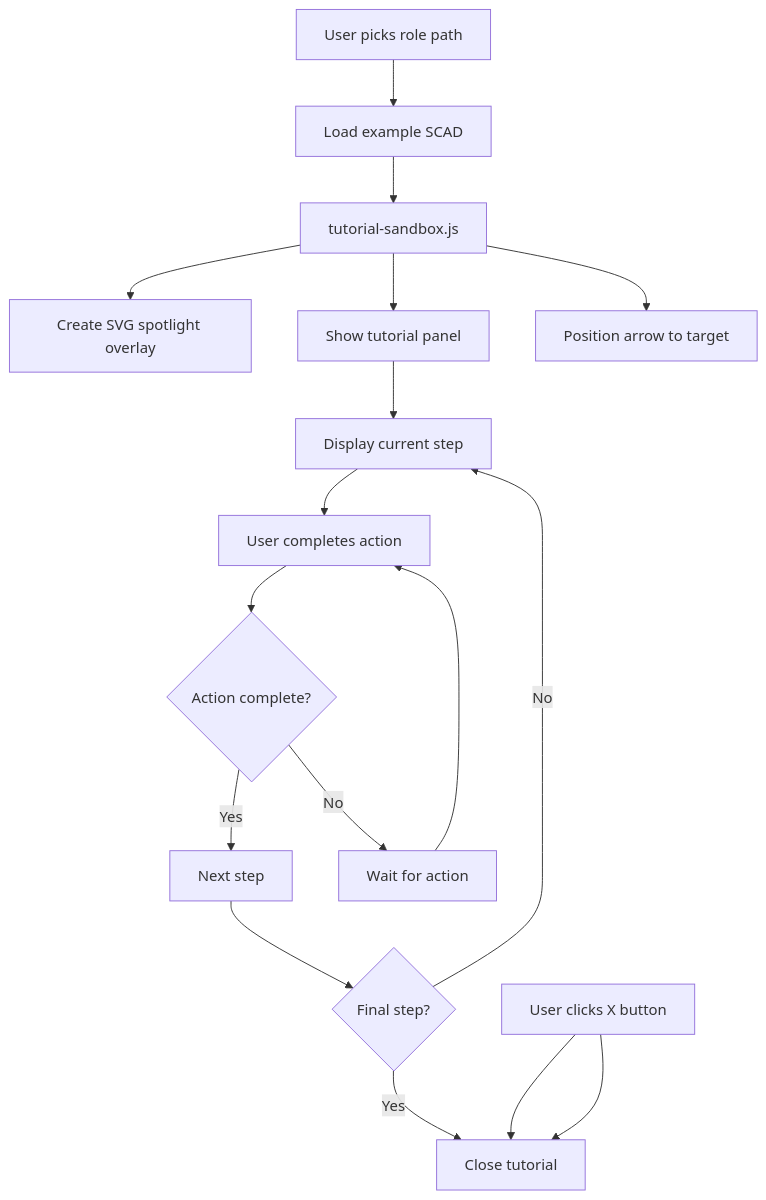
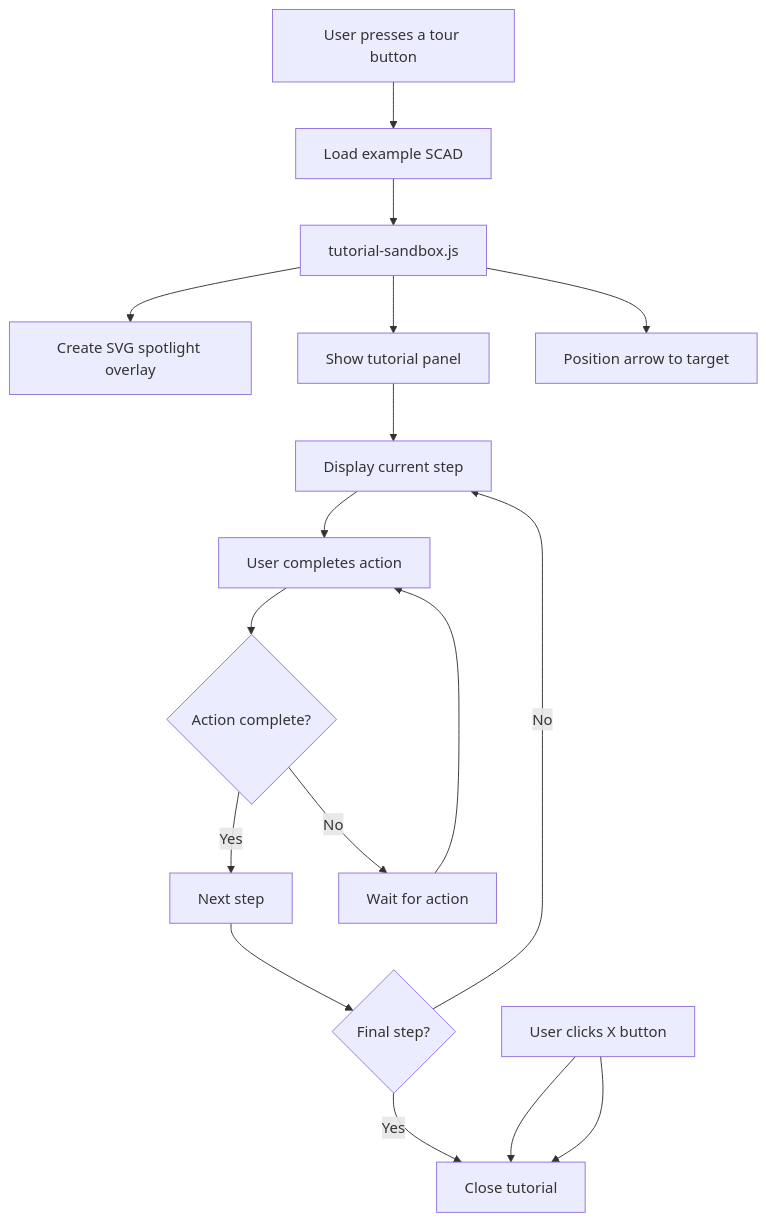
The diagram in docs/guides/WELCOME_SCREEN.md (BrennenJohnston/openscad-assistive-forge), drawn with Mermaid before and after one commit. The commit also changed other lines of this file and 1107 other files, not shown here.

````diff
--- a/docs/guides/WELCOME_SCREEN.md
+++ b/docs/guides/WELCOME_SCREEN.md
@@ -98,21 +60,21 @@
 ```mermaid
 flowchart TB
-    User[User picks role path] --> Load[Load example SCAD]
+    User[User presses a tour button] --> Load[Load example SCAD]
     Load --> Tutorial[tutorial-sandbox.js]
     Tutorial --> Spotlight[Create SVG spotlight overlay]
     Tutorial --> Panel[Show tutorial panel]
     Tutorial --> Arrow[Position arrow to target]
     
     Panel --> Step[Display current step]
     Step --> Action[User completes action]
     Action --> Check{Action complete?}
     Check -->|Yes| Next[Next step]
     Check -->|No| Wait[Wait for action]
     Wait --> Action
     Next --> Done{Final step?}
     Done -->|No| Step
     Done -->|Yes| Close[Close tutorial]
     
     User2[User presses Escape] --> Close
     User2[User clicks X button] --> Close
 ```
````
